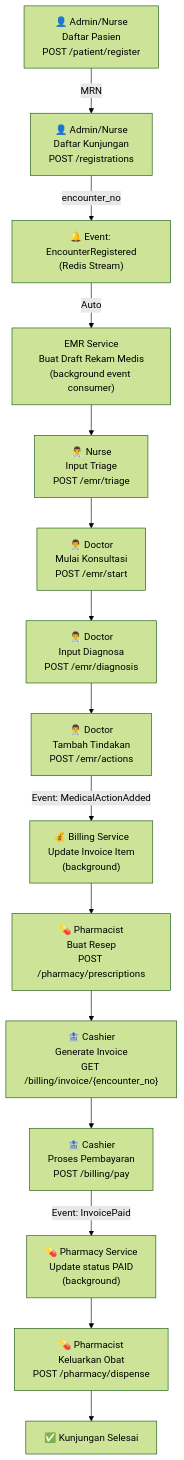
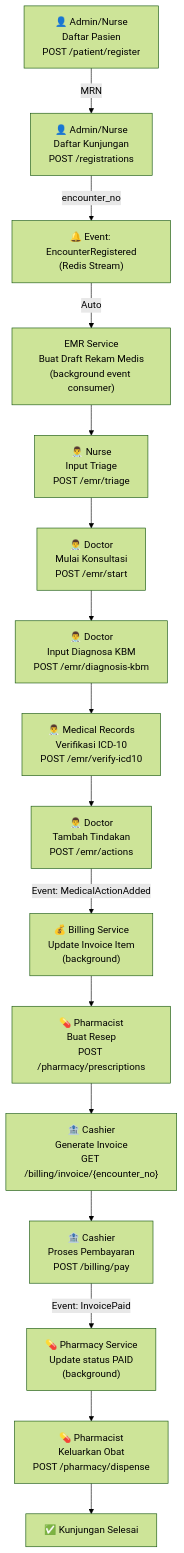
One commit to odealidj/go-micro-simrs-one changed diagram 18 of 18 in docs/be/technical/technical_documentation.md. Above: the diagram before and after it, drawn with Mermaid (forest theme). The commit also changed other lines of this file and 25 other files, not shown here.

First line of the commit message:
feat: implement many-to-many relationship for KBM and ICD-10 mapping

````diff
--- a/docs/be/technical/technical_documentation.md
+++ b/docs/be/technical/technical_documentation.md
@@ -936,32 +960,34 @@
 ```mermaid
 flowchart TD
     A["👤 Admin/Nurse\nDaftar Pasien\nPOST /patient/register"] -->|"MRN"| B
 
     B["👤 Admin/Nurse\nDaftar Kunjungan\nPOST /registrations"] -->|"encounter_no"| C
 
     C["🔔 Event: EncounterRegistered\n(Redis Stream)"] -->|"Auto"| D
 
     D["EMR Service\nBuat Draft Rekam Medis\n(background event consumer)"] --> E
 
     E["👨‍⚕️ Nurse\nInput Triage\nPOST /emr/triage"] --> F
 
     F["👨‍⚕️ Doctor\nMulai Konsultasi\nPOST /emr/start"] --> G
 
-    G["👨‍⚕️ Doctor\nInput Diagnosa\nPOST /emr/diagnosis"] --> H
+    G["👨‍⚕️ Doctor\nInput Diagnosa KBM\nPOST /emr/diagnosis-kbm"] --> G2
+
+    G2["👨‍⚕️ Medical Records\nVerifikasi ICD-10\nPOST /emr/verify-icd10"] --> H
 
     H["👨‍⚕️ Doctor\nTambah Tindakan\nPOST /emr/actions"] -->|"Event: MedicalActionAdded"| I
 
     I["💰 Billing Service\nUpdate Invoice Item\n(background)"] --> J
 
     J["💊 Pharmacist\nBuat Resep\nPOST /pharmacy/prescriptions"] --> K
 
     K["🏦 Cashier\nGenerate Invoice\nGET /billing/invoice/{encounter_no}"] --> L
 
     L["🏦 Cashier\nProses Pembayaran\nPOST /billing/pay"] -->|"Event: InvoicePaid"| M
 
     M["💊 Pharmacy Service\nUpdate status PAID\n(background)"] --> N
 
     N["💊 Pharmacist\nKeluarkan Obat\nPOST /pharmacy/dispense"] --> O
 
     O["✅ Kunjungan Selesai"]
 ```
````
